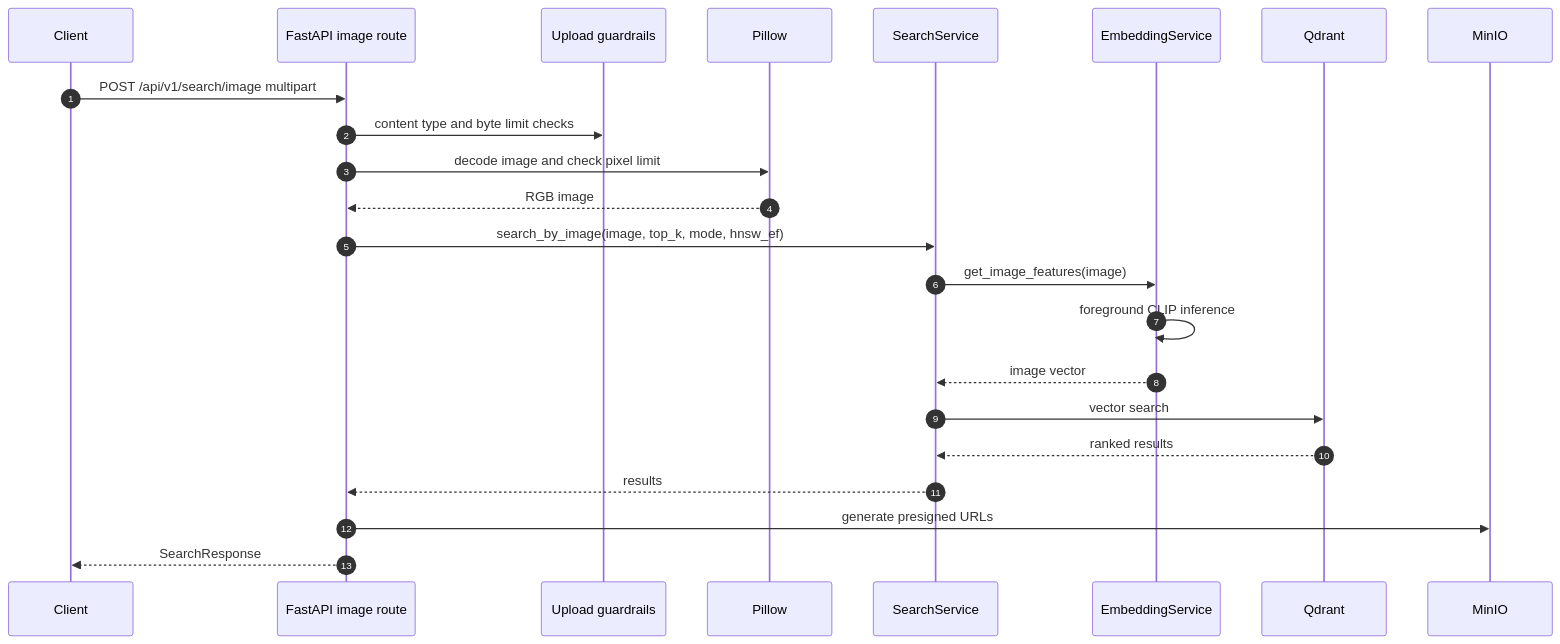
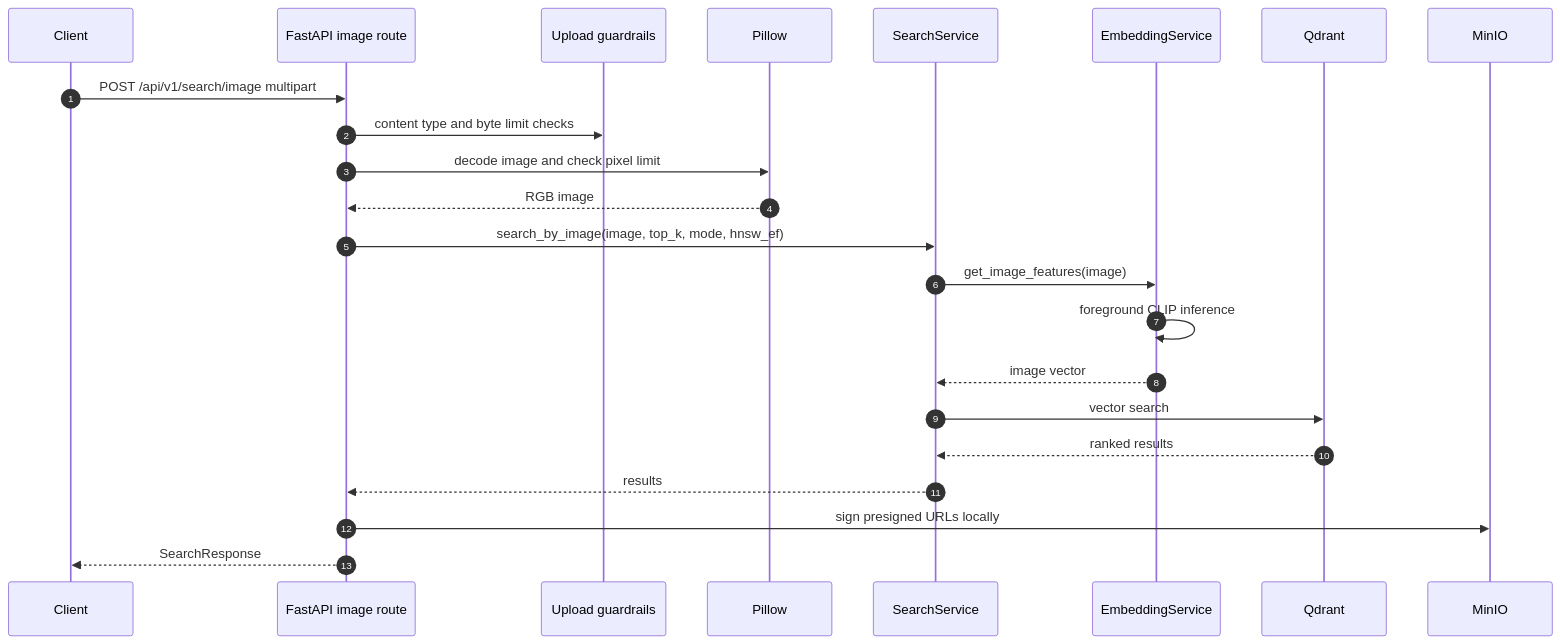
The fourth of 10 diagrams in docs/EN/data-flow.md (awun0105/CLIP-Image-Retrieval-Gradio-App), drawn with Mermaid before and after one commit. The commit also changed other lines of this file and 4 other files, not shown here.

````diff
--- a/docs/EN/data-flow.md
+++ b/docs/EN/data-flow.md
@@ -124,26 +127,26 @@
 ```mermaid
 sequenceDiagram
     autonumber
     participant C as Client
     participant API as FastAPI image route
     participant Guard as Upload guardrails
     participant PIL as Pillow
     participant S as SearchService
     participant E as EmbeddingService
     participant V as Qdrant
     participant M as MinIO
 
     C->>API: POST /api/v1/search/image multipart
     API->>Guard: content type and byte limit checks
     API->>PIL: decode image and check pixel limit
     PIL-->>API: RGB image
     API->>S: search_by_image(image, top_k, mode, hnsw_ef)
     S->>E: get_image_features(image)
     E->>E: foreground CLIP inference
     E-->>S: image vector
     S->>V: vector search
     V-->>S: ranked results
     S-->>API: results
-    API->>M: generate presigned URLs
+    API->>M: sign presigned URLs locally
     API-->>C: SearchResponse
 ```
````
